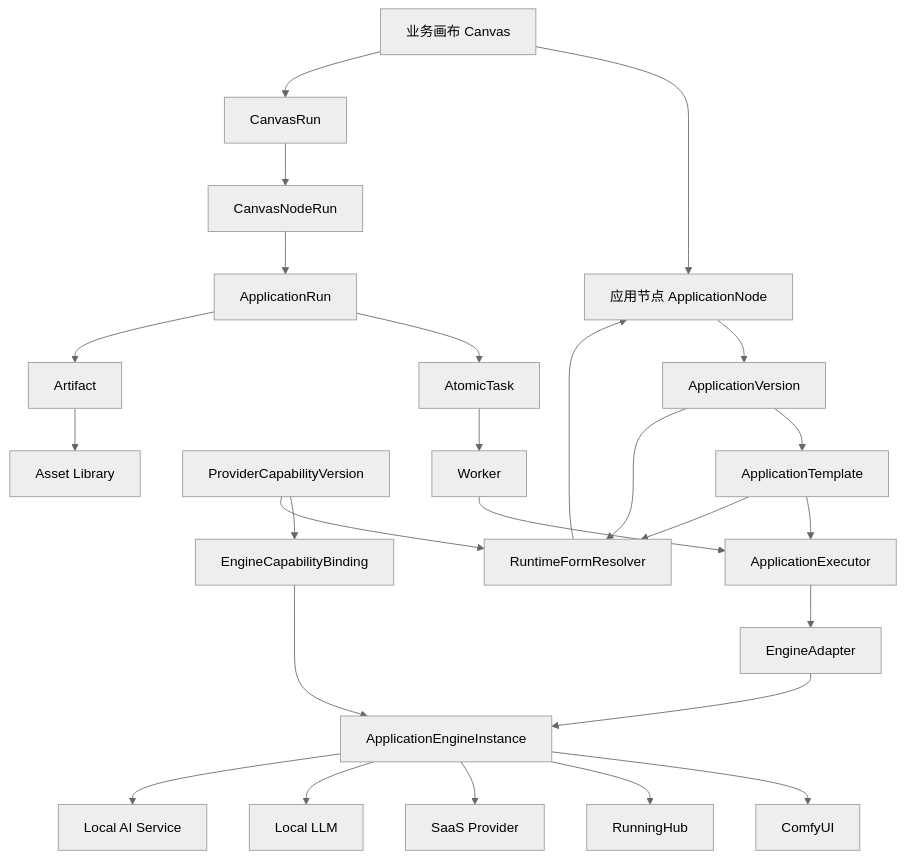
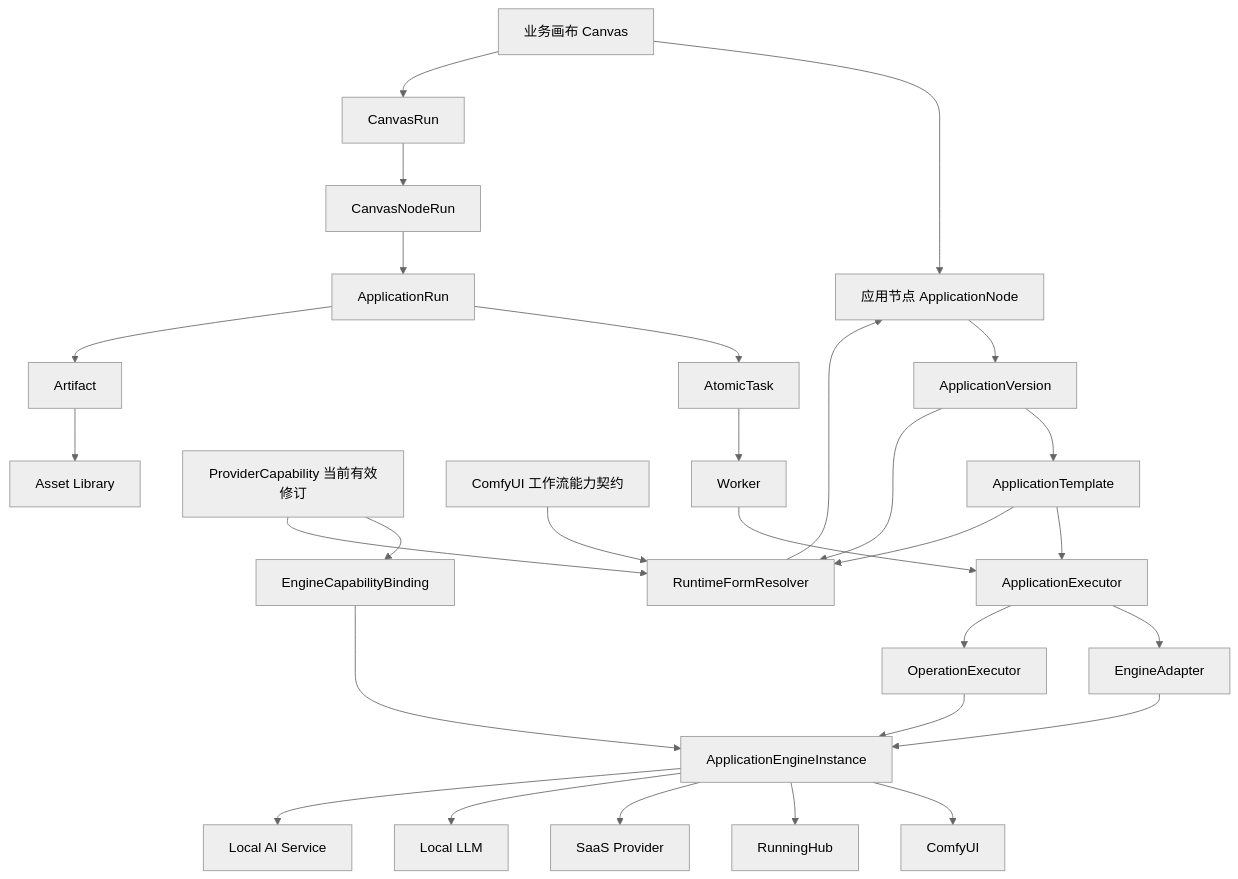
Before and after one commit to wangweihong/omnimam-spec: the first of 5 diagrams in 00_product/domains/application-platform/product-spec.md, drawn with Mermaid (neutral theme). The commit also changed other lines of this file and 3 other files, not shown here.

````diff
--- a/00_product/domains/application-platform/product-spec.md
+++ b/00_product/domains/application-platform/product-spec.md
@@ -195,32 +195,35 @@
 ```mermaid
 graph TD
     A[业务画布 Canvas] --> B[应用节点 ApplicationNode]
     B --> C[ApplicationVersion]
     C --> D[ApplicationTemplate]
     D --> E[ApplicationExecutor]
     E --> F[EngineAdapter]
+    E --> X[OperationExecutor]
     F --> G[ApplicationEngineInstance]
+    X --> G
 
-    H[ProviderCapabilityVersion] --> I[EngineCapabilityBinding]
+    H[ProviderCapability 当前有效修订] --> I[EngineCapabilityBinding]
     I --> G
     H --> J[RuntimeFormResolver]
+    S[ComfyUI 工作流能力契约] --> J
     C --> J
     D --> J
     J --> B
 
     G --> K1[ComfyUI]
     G --> K2[RunningHub]
     G --> K3[SaaS Provider]
     G --> K4[Local LLM]
     G --> K5[Local AI Service]
 
     A --> L[CanvasRun]
     L --> M[CanvasNodeRun]
     M --> N[ApplicationRun]
     N --> O[AtomicTask]
     O --> P[Worker]
     P --> E
 
     N --> Q[Artifact]
     Q --> R[Asset Library]
 ```
````
